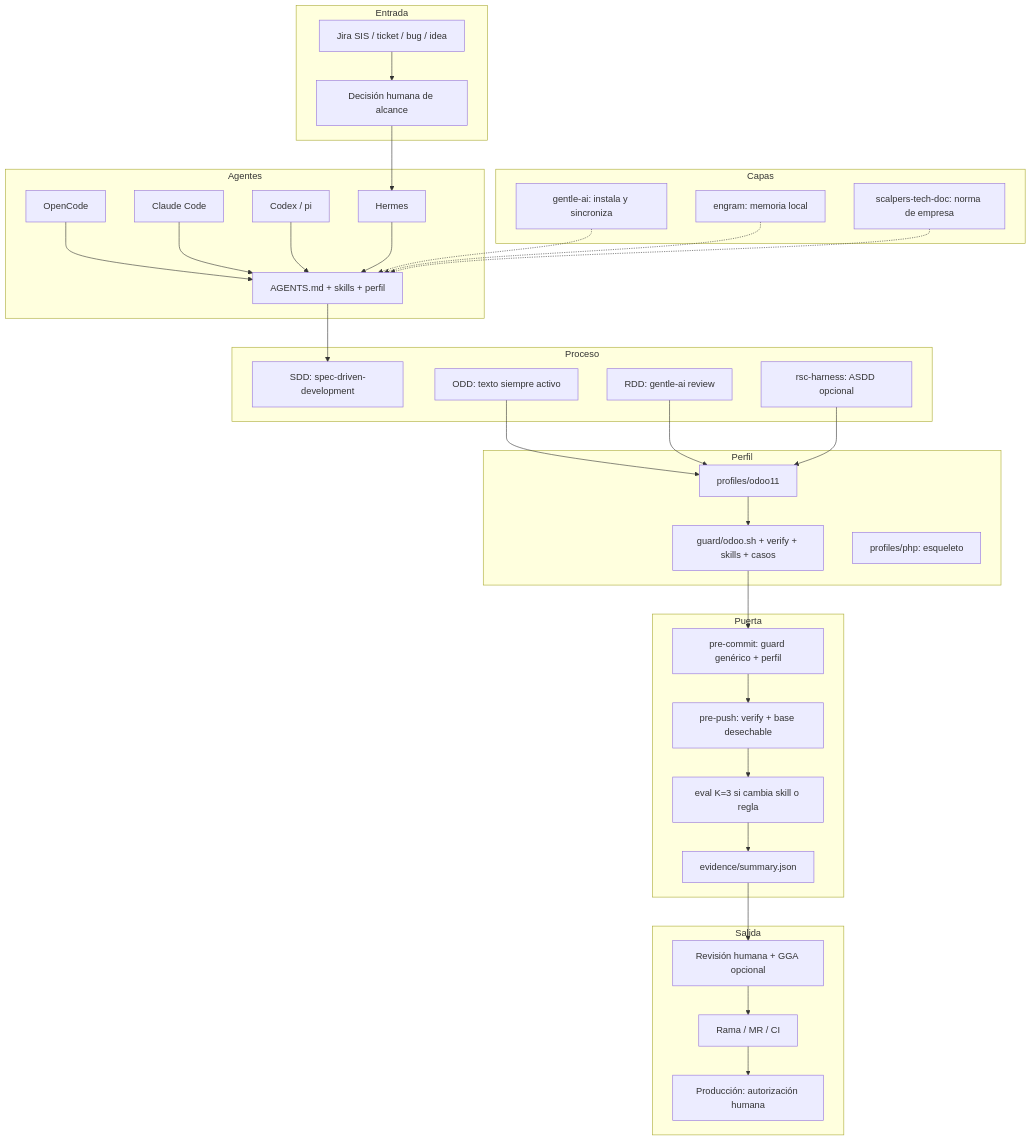
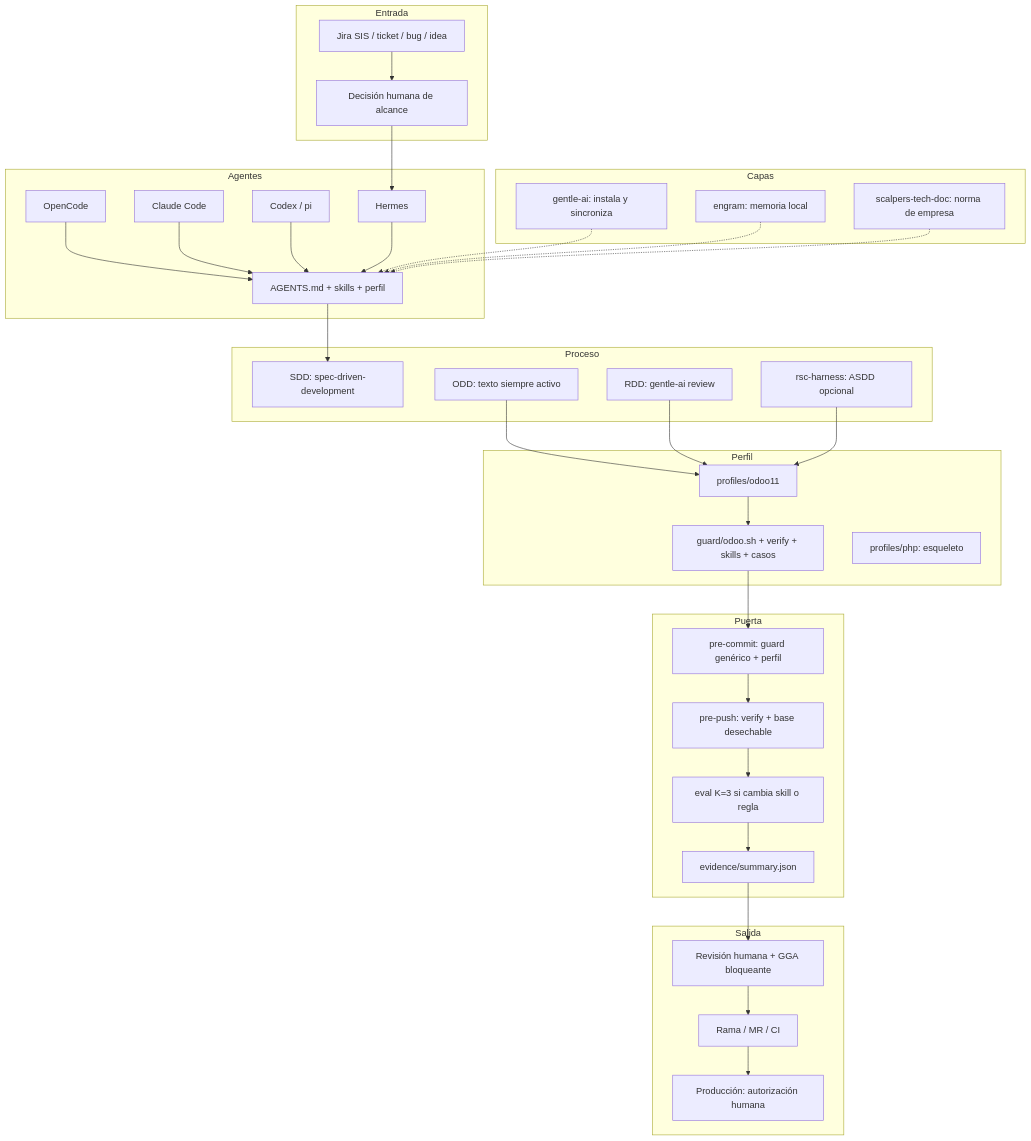
One commit to ScalpersCompany/dev-agent-kit changed the second of 3 diagrams in docs/DIAGRAMA-SISTEMA.md. Above: the diagram before and after it, drawn with Mermaid. The commit also changed other lines of this file and 30 other files, not shown here.

````diff
--- a/docs/DIAGRAMA-SISTEMA.md
+++ b/docs/DIAGRAMA-SISTEMA.md
@@ -22,63 +22,63 @@
 ```mermaid
 flowchart TB
   subgraph Entrada
     A[Jira SIS / ticket / bug / idea]
     A2[Decisión humana de alcance]
   end
 
   subgraph Agentes
     B[Hermes]
     B2[OpenCode]
     B3[Claude Code]
     B4[Codex / pi]
     C[AGENTS.md + skills + perfil]
   end
 
   subgraph Proceso
     D[SDD: spec-driven-development]
     D2[ODD: texto siempre activo]
     D3[RDD: gentle-ai review]
     D4[rsc-harness: ASDD opcional]
   end
 
   subgraph Perfil
     E[profiles/odoo11]
     E2[guard/odoo.sh + verify + skills + casos]
     E3[profiles/php: esqueleto]
   end
 
   subgraph Puerta
     F[pre-commit: guard genérico + perfil]
     G[pre-push: verify + base desechable]
     H[eval K=3 si cambia skill o regla]
     I[evidence/summary.json]
   end
 
   subgraph Salida
-    J[Revisión humana + GGA opcional]
+    J[Revisión humana + GGA bloqueante]
     K[Rama / MR / CI]
     L[Producción: autorización humana]
   end
 
   subgraph Capas
     M[gentle-ai: instala y sincroniza]
     N[engram: memoria local]
     P[scalpers-tech-doc: norma de empresa]
   end
 
   A --> A2 --> B
   B2 --> C
   B3 --> C
   B4 --> C
   B --> C
   C --> D
   D2 --> E
   D3 --> E
   D4 --> E
   E --> E2
   E2 --> F --> G --> H --> I --> J
   J --> K --> L
   M -.-> C
   N -.-> C
   P -.-> C
 ```
````
